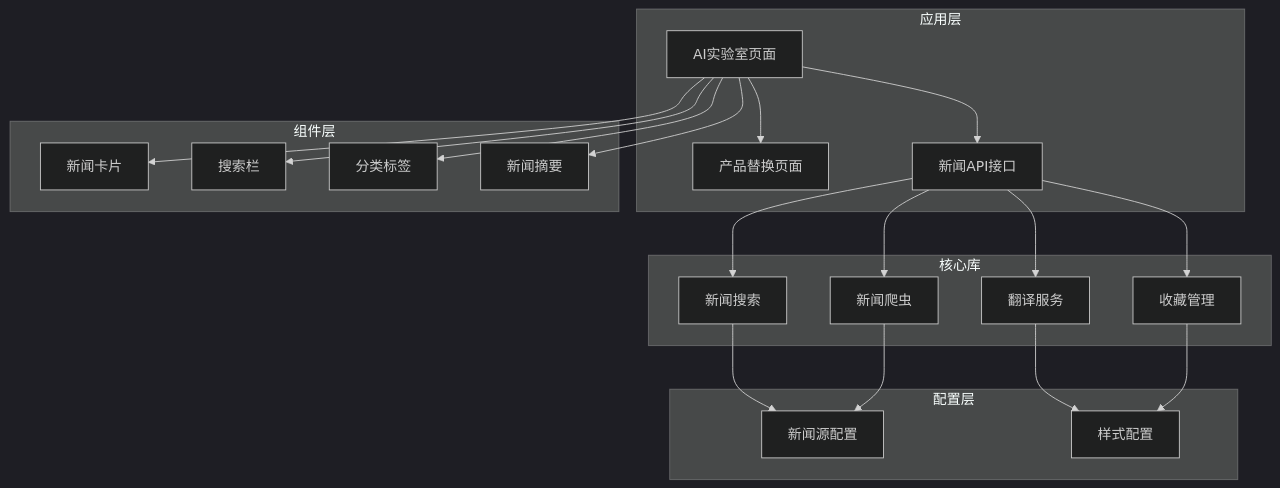
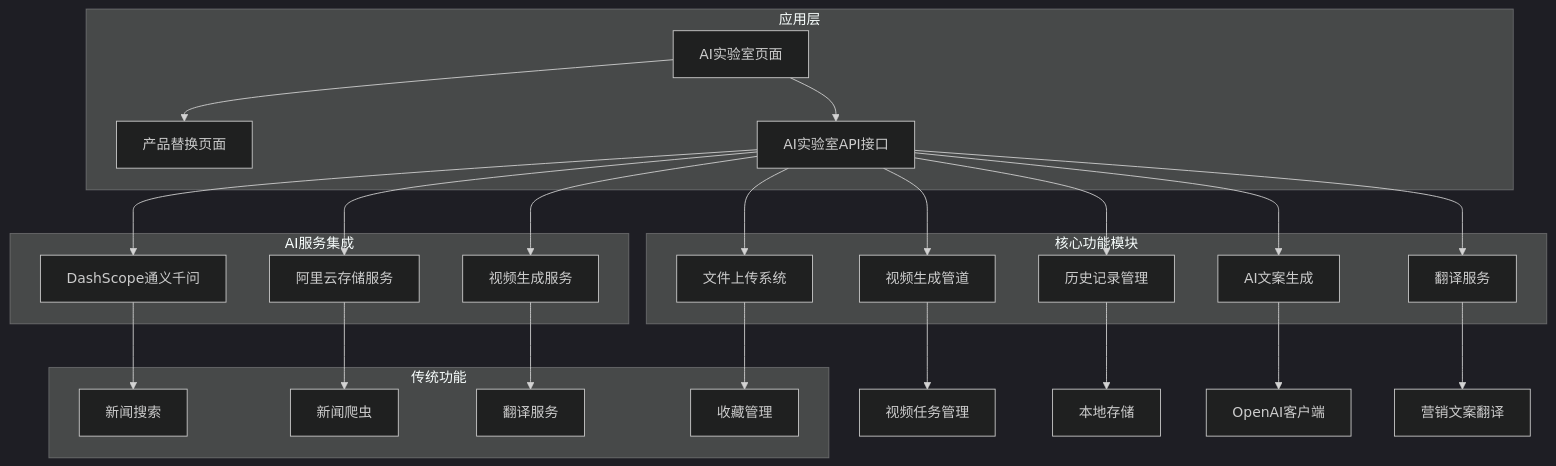
One commit to zuozuoliu740-cmd/xianxiong-news changed the first of 12 diagrams in .qoder/repowiki/zh/content/核心功能模块/AI实验室模块.md. Above: the diagram before and after it, drawn with Mermaid (dark theme). The commit also changed other lines of this file and 6 other files, not shown here.

````diff
--- a/.qoder/repowiki/zh/content/核心功能模块/AI实验室模块.md
+++ b/.qoder/repowiki/zh/content/核心功能模块/AI实验室模块.md
@@ -43,38 +65,44 @@
 ```mermaid
 graph TB
 subgraph "应用层"
 A[AI实验室页面]
 B[产品替换页面]
-C[新闻API接口]
+C[AI实验室API接口]
 end
-subgraph "核心库"
-D[新闻搜索]
-E[新闻爬虫]
-F[翻译服务]
-G[收藏管理]
+subgraph "AI服务集成"
+D[DashScope通义千问]
+E[阿里云存储服务]
+F[视频生成服务]
 end
-subgraph "配置层"
-H[新闻源配置]
-I[样式配置]
+subgraph "核心功能模块"
+G[文件上传系统]
+H[视频生成管道]
+I[历史记录管理]
+J[AI文案生成]
+K[翻译服务]
 end
-subgraph "组件层"
-J[新闻卡片]
-K[搜索栏]
-L[分类标签]
-M[新闻摘要]
+subgraph "传统功能"
+L[新闻搜索]
+M[新闻爬虫]
+N[翻译服务]
+O[收藏管理]
 end
 A --> B
 A --> C
 C --> D
 C --> E
 C --> F
 C --> G
-D --> H
-E --> H
-F --> I
-G --> I
-A --> J
-A --> K
-A --> L
-A --> M
+C --> H
+C --> I
+C --> J
+C --> K
+D --> L
+E --> M
+F --> N
+G --> O
+H --> P[视频任务管理]
+I --> Q[本地存储]
+J --> R[OpenAI客户端]
+K --> S[营销文案翻译]
 ```
````
